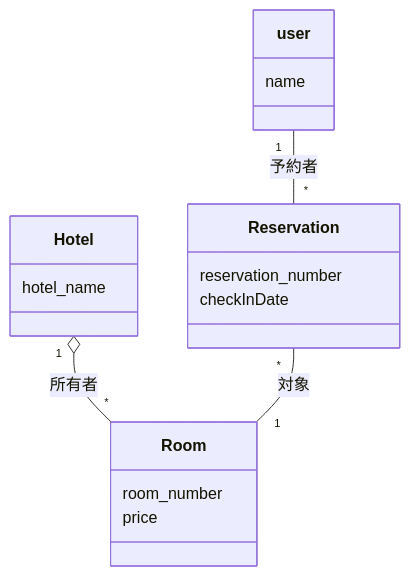
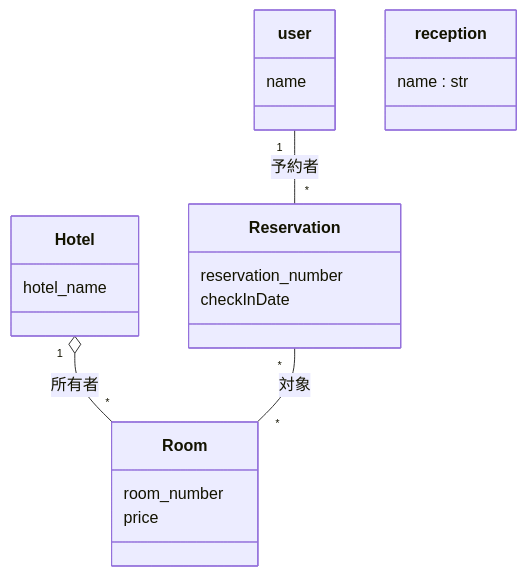
One commit to Kohki-tyl/HRS changed the first of 2 diagrams in Domain_Model.md. Above: the diagram before and after it, drawn with Mermaid. The commit also changed other lines of this file, not shown here.

Commit message:
Reservation-Room間の多重度を*対*に変更

````diff
--- a/Domain_Model.md
+++ b/Domain_Model.md
@@ -20,21 +20,24 @@
 ```mermaid
 classDiagram
     class user {
         name
     }
     class Reservation {
         reservation_number
         checkInDate
     }
     class Hotel {
         hotel_name
     }
     class Room {
         room_number
         price
     }
+    class reception{
+        name : str
+    }
 
     Hotel "1" o-- "*" Room : 所有者
     user "1" -- "*" Reservation : 予約者
-    Reservation "*" -- "1" Room : 対象
+    Reservation "*" -- "*" Room : 対象
 ```
````
